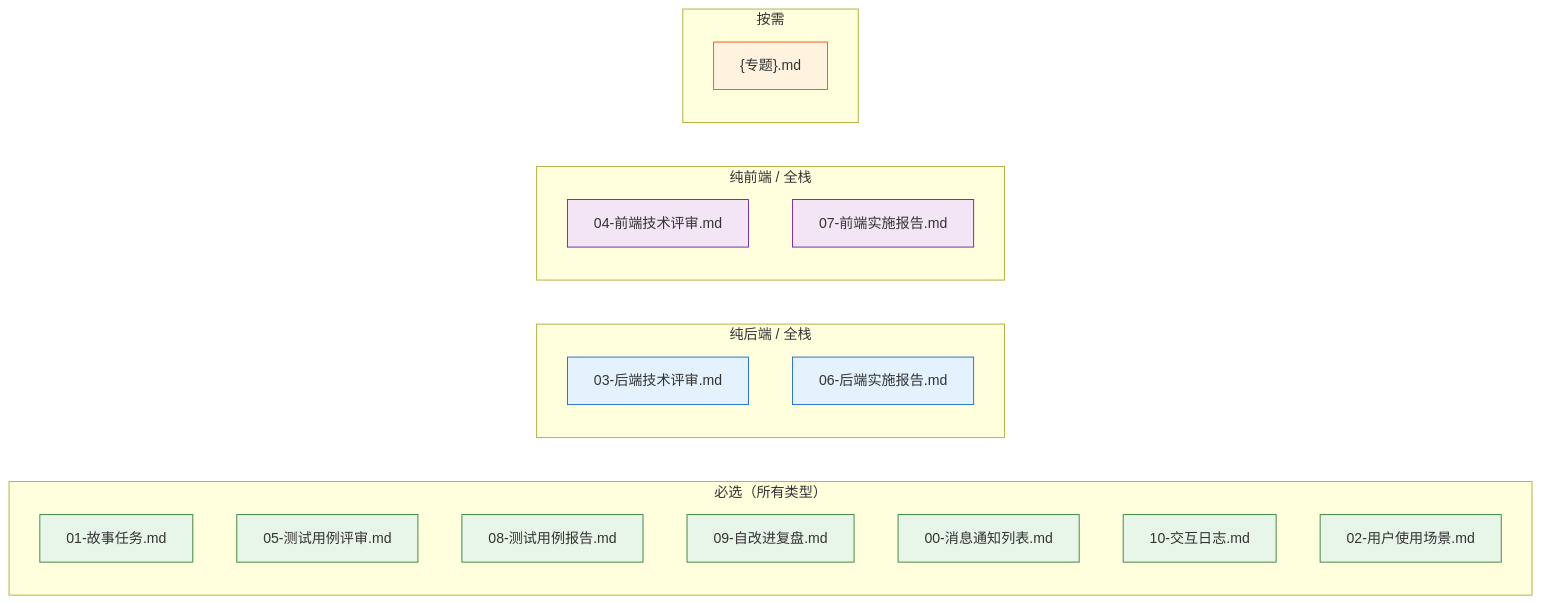
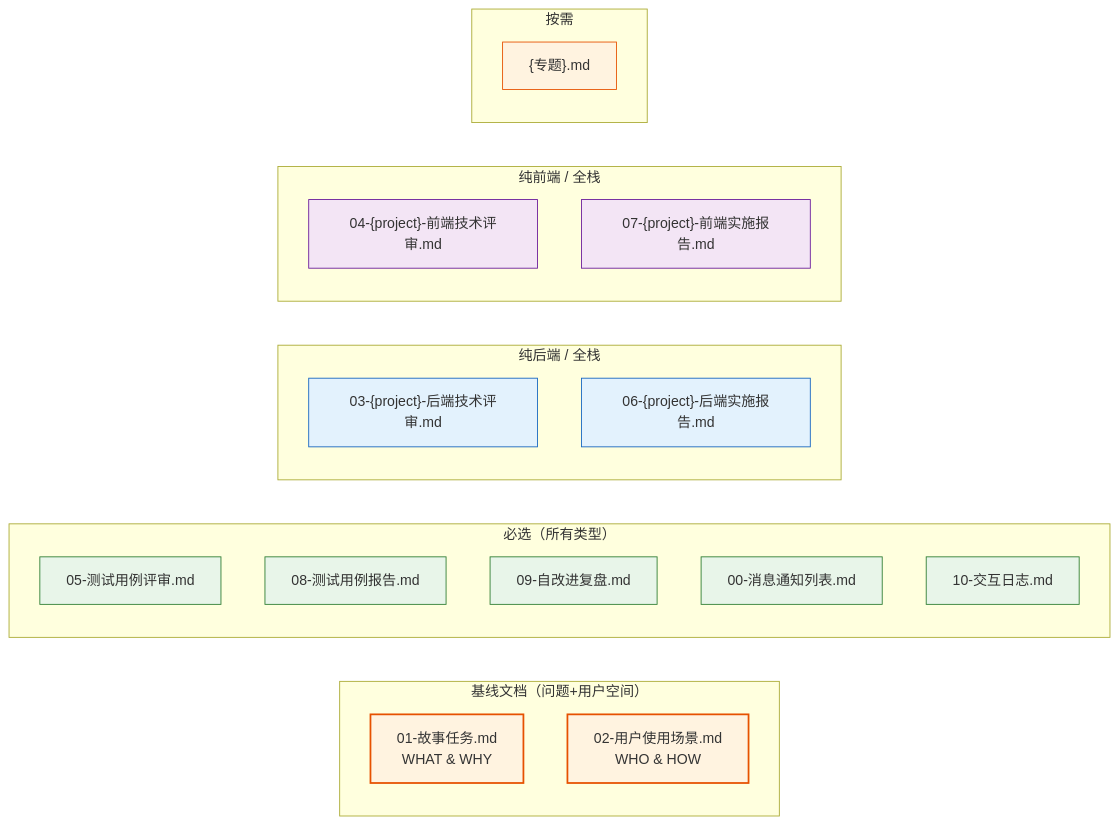
The first of 5 diagrams in skills/rui/coder.md (effiy/YrY), drawn with Mermaid before and after one commit. The commit also changed other lines of this file and 9 other files, not shown here.

````diff
--- a/skills/rui/coder.md
+++ b/skills/rui/coder.md
@@ -18,28 +18,31 @@
 ```mermaid
 flowchart LR
+    subgraph 基线["基线文档（问题+用户空间）"]
+        B1["01-故事任务.md<br/>WHAT & WHY"]:::baseline
+        B7["02-用户使用场景.md<br/>WHO & HOW"]:::baseline
+    end
     subgraph 必选["必选（所有类型）"]
-        B1["01-故事任务.md"]:::must
         B2["05-测试用例评审.md"]:::must
         B3["08-测试用例报告.md"]:::must
         B4["09-自改进复盘.md"]:::must
         B5["00-消息通知列表.md"]:::must
         B6["10-交互日志.md"]:::must
-        B7["02-用户使用场景.md"]:::must
     end
     subgraph 后端["纯后端 / 全栈"]
-        C1["03-后端技术评审.md"]:::be
-        C2["06-后端实施报告.md"]:::be
+        C1["03-{project}-后端技术评审.md"]:::be
+        C2["06-{project}-后端实施报告.md"]:::be
     end
     subgraph 前端["纯前端 / 全栈"]
-        D1["04-前端技术评审.md"]:::fe
-        D2["07-前端实施报告.md"]:::fe
+        D1["04-{project}-前端技术评审.md"]:::fe
+        D2["07-{project}-前端实施报告.md"]:::fe
     end
     subgraph 补充["按需"]
         E1["{专题}.md"]:::supp
     end
 
+    classDef baseline fill:#fff3e0,stroke:#e65100,stroke-width:2px;
     classDef must fill:#e8f5e9,stroke:#2e7d32;
     classDef be fill:#e3f2fd,stroke:#1565c0;
     classDef fe fill:#f3e5f5,stroke:#6a1b9a;
     classDef supp fill:#fff3e0,stroke:#e65100;
 ```
````
